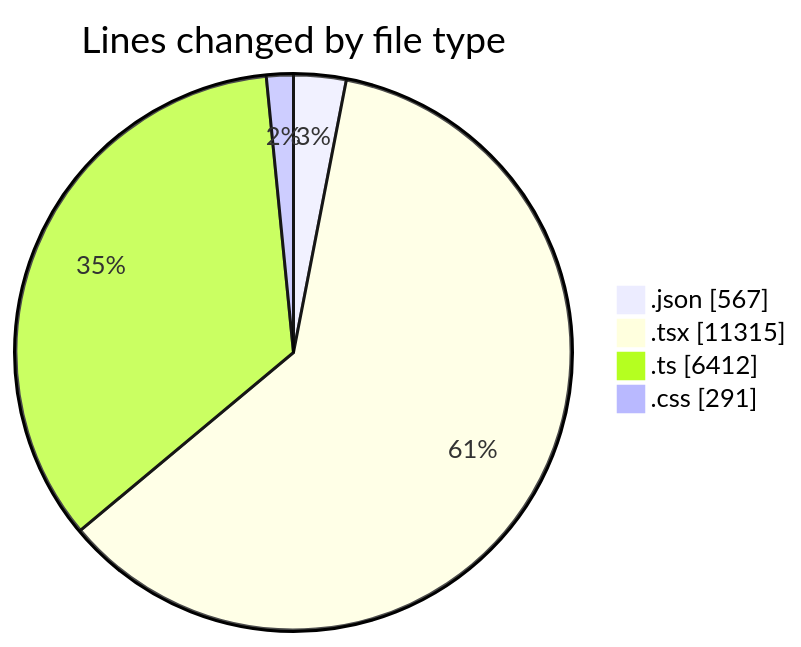
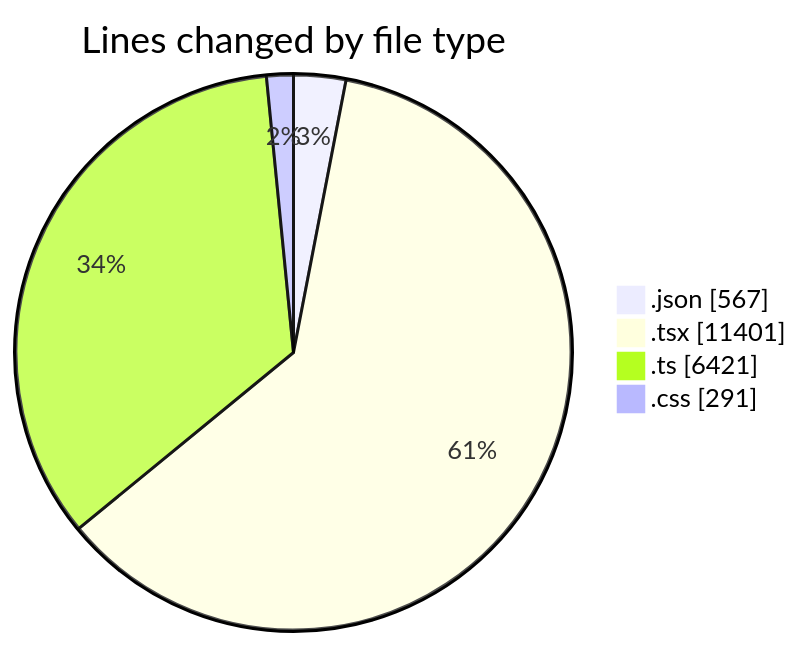
Before and after one commit to julien-gomy/code-tracking: the first of 2 diagrams in 2025-10-07/eventscop-frontend-guide__workspace_/README.md, drawn with Mermaid. The commit also changed other lines of this file and 1 other file, not shown here.

````diff
--- a/2025-10-07/eventscop-frontend-guide__workspace_/README.md
+++ b/2025-10-07/eventscop-frontend-guide__workspace_/README.md
@@ -96,8 +97,8 @@
 ```mermaid
 pie showData
 title Lines changed by file type
 ".json" : 567
-".tsx" : 11315
-".ts" : 6412
+".tsx" : 11401
+".ts" : 6421
 ".css" : 291
 ```
````
